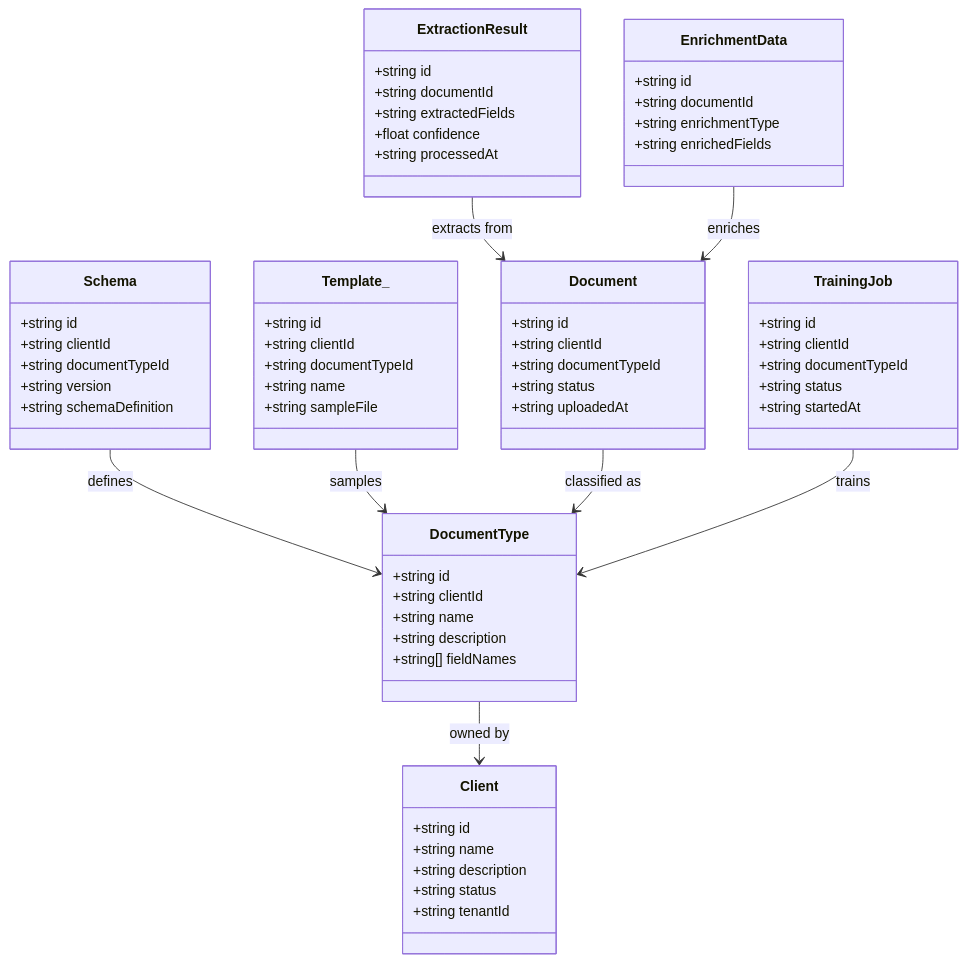
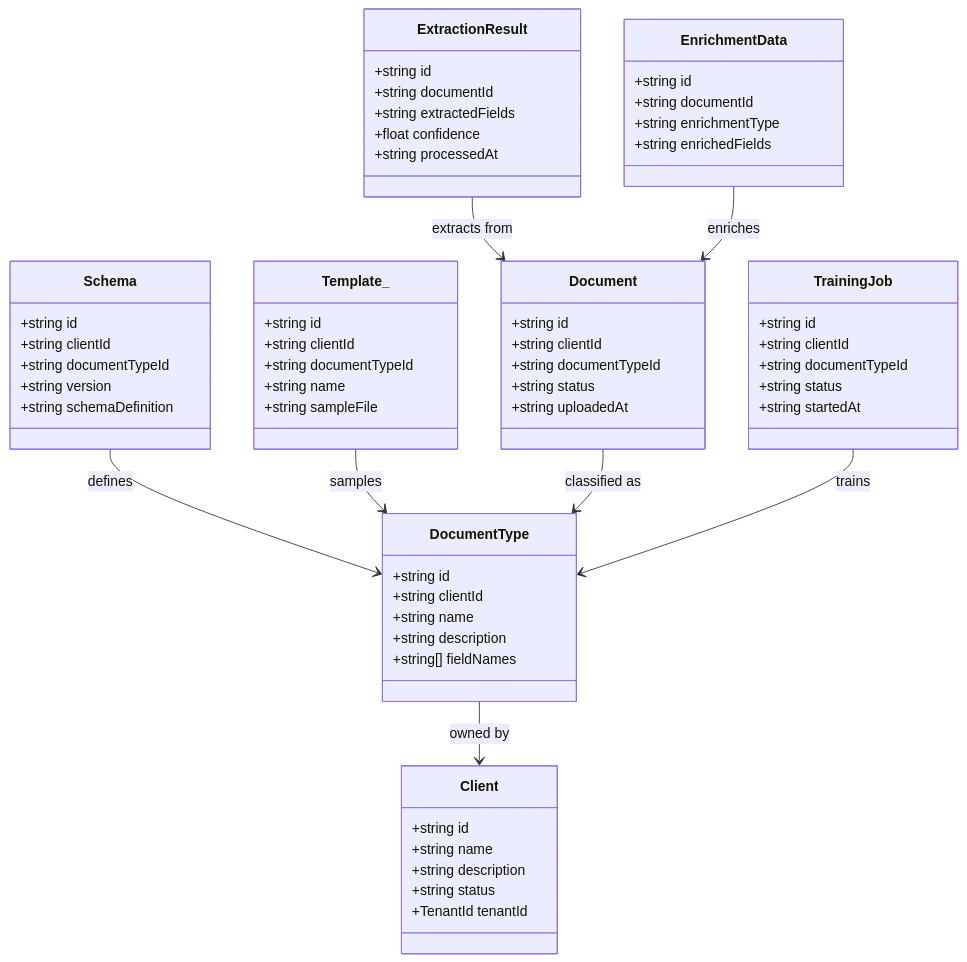
The first of 3 diagrams in document-ai/docs/uml.md (UIMSolutions/uim-platform), drawn with Mermaid before and after one commit. The commit also changed 283 other files, not shown here.

````diff
--- a/document-ai/docs/uml.md
+++ b/document-ai/docs/uml.md
@@ -5,66 +5,66 @@
 ```mermaid
 classDiagram
     class Client {
         +string id
         +string name
         +string description
         +string status
-        +string tenantId
+        +TenantId tenantId
     }
     class DocumentType {
         +string id
         +string clientId
         +string name
         +string description
         +string[] fieldNames
     }
     class Schema {
         +string id
         +string clientId
         +string documentTypeId
         +string version
         +string schemaDefinition
     }
     class Template_ {
         +string id
         +string clientId
         +string documentTypeId
         +string name
         +string sampleFile
     }
     class Document {
         +string id
         +string clientId
         +string documentTypeId
         +string status
         +string uploadedAt
     }
     class ExtractionResult {
         +string id
         +string documentId
         +string extractedFields
         +float confidence
         +string processedAt
     }
     class TrainingJob {
         +string id
         +string clientId
         +string documentTypeId
         +string status
         +string startedAt
     }
     class EnrichmentData {
         +string id
         +string documentId
         +string enrichmentType
         +string enrichedFields
     }
 
     DocumentType --> Client : owned by
     Schema --> DocumentType : defines
     Template_ --> DocumentType : samples
     Document --> DocumentType : classified as
     ExtractionResult --> Document : extracts from
     TrainingJob --> DocumentType : trains
     EnrichmentData --> Document : enriches
 ```
````
